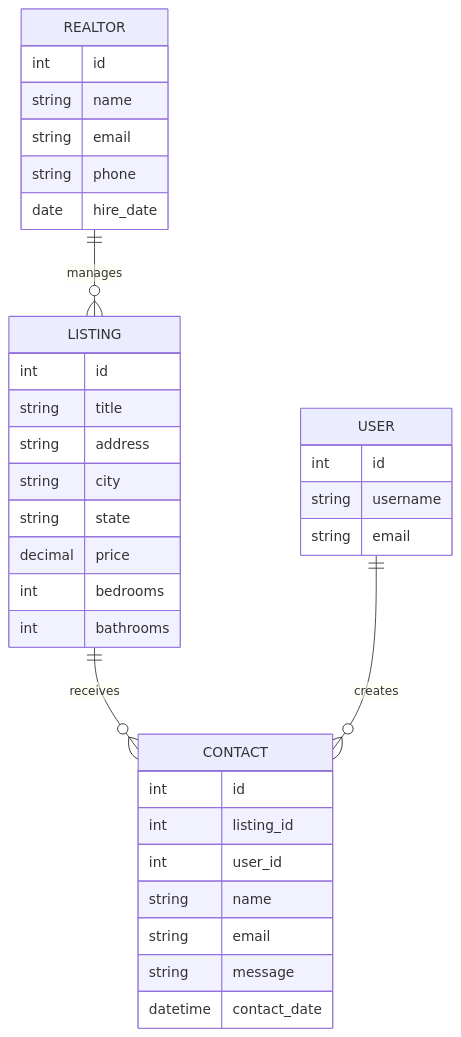
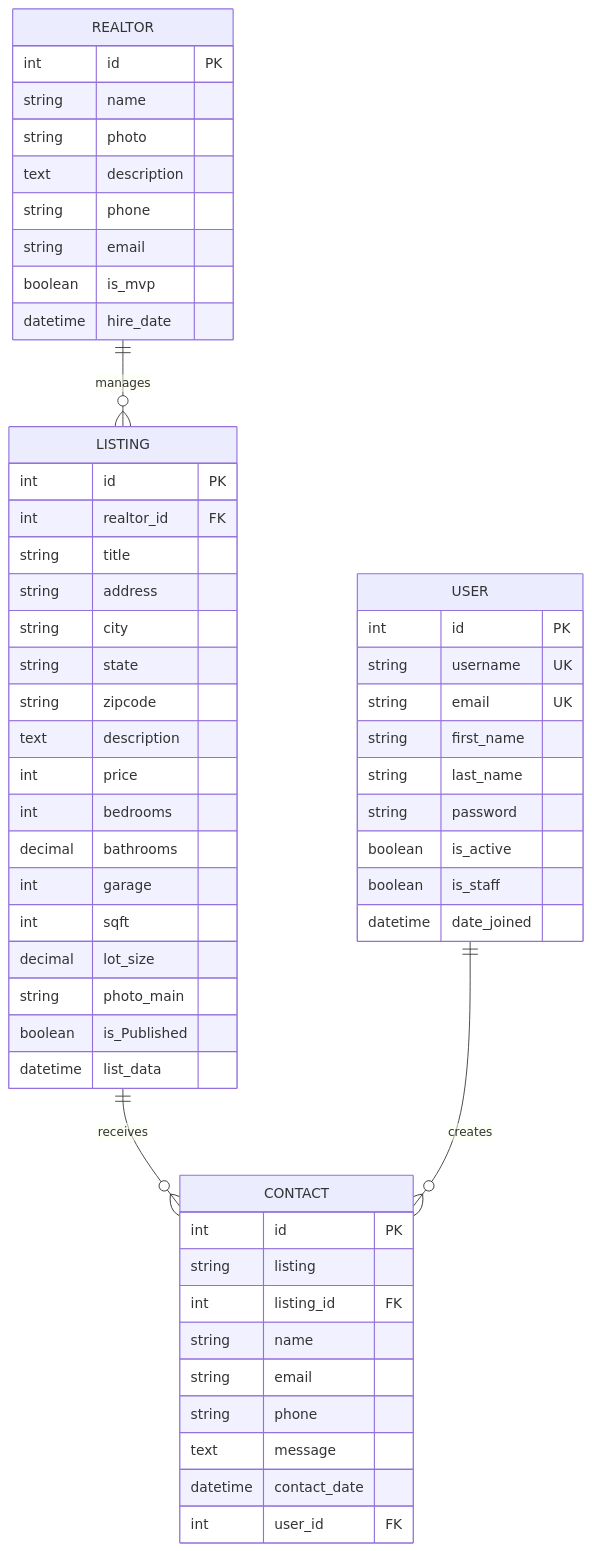
Before and after one commit to kaali7/RealEstate: the second of 2 diagrams in doc/manish_doc.md, drawn with Mermaid. The commit also changed other lines of this file and 3 other files, not shown here.

````diff
--- a/doc/manish_doc.md
+++ b/doc/manish_doc.md
@@ -459,37 +914,61 @@
 ```mermaid
 erDiagram
     REALTOR ||--o{ LISTING : manages
     LISTING ||--o{ CONTACT : receives
     USER ||--o{ CONTACT : creates
+    
     REALTOR {
-        int id
+        int id PK
         string name
+        string photo
+        text description
+        string phone
         string email
-        string phone
-        date hire_date
+        boolean is_mvp
+        datetime hire_date
     }
+    
     LISTING {
-        int id
+        int id PK
+        int realtor_id FK
         string title
         string address
         string city
         string state
-        decimal price
+        string zipcode
+        text description
+        int price
         int bedrooms
-        int bathrooms
+        decimal bathrooms
+        int garage
+        int sqft
+        decimal lot_size
+        string photo_main
+        boolean is_Published
+        datetime list_data
     }
+    
     CONTACT {
-        int id
-        int listing_id
-        int user_id
+        int id PK
+        string listing
+        int listing_id FK
         string name
         string email
-        string message
+        string phone
+        text message
         datetime contact_date
+        int user_id FK
     }
+    
     USER {
-        int id
-        string username
-        string email
+        int id PK
+        string username UK
+        string email UK
+        string first_name
+        string last_name
+        string password
+        boolean is_active
+        boolean is_staff
+        datetime date_joined
     }
 ```
````
